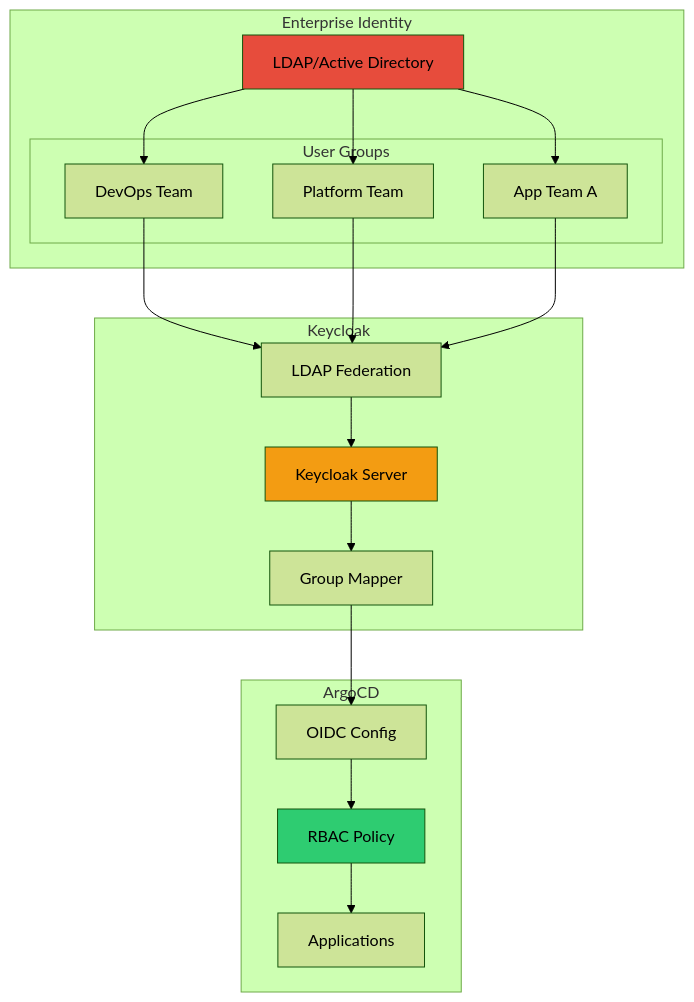
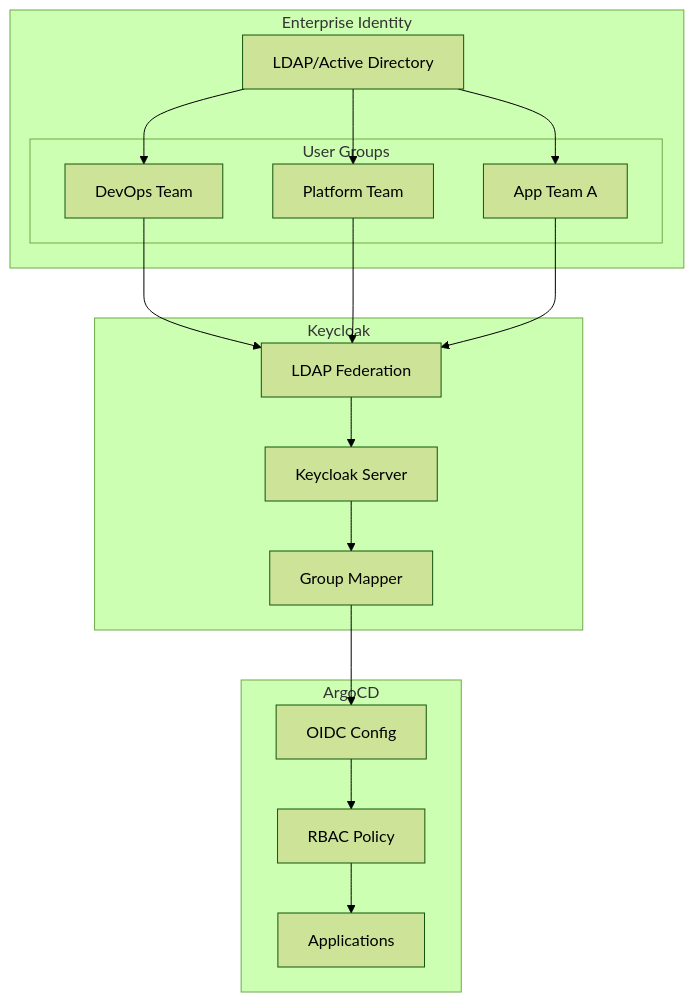
Before and after one commit to juwon8891/juwon8891.github.io: the ninth of 12 diagrams in docs/cicd/week6-argocd-final.md, drawn with Mermaid (forest theme). The commit also changed other lines of this file and 18 other files, not shown here.

Commit message:
Remove bright colors from Mermaid diagrams for dark mode compatibility

````diff
--- a/docs/cicd/week6-argocd-final.md
+++ b/docs/cicd/week6-argocd-final.md
@@ -1286,41 +1269,38 @@
 ```mermaid
 graph TB
     subgraph "Enterprise Identity"
         LDAP[LDAP/Active Directory]
         subgraph "User Groups"
             G1[DevOps Team]
             G2[Platform Team]
             G3[App Team A]
         end
     end
 
     subgraph "Keycloak"
         KC[Keycloak Server]
         LDAPF[LDAP Federation]
         MAPPER[Group Mapper]
     end
 
     subgraph "ArgoCD"
         OIDC[OIDC Config]
         RBAC[RBAC Policy]
         APP[Applications]
     end
 
     LDAP --> G1
     LDAP --> G2
     LDAP --> G3
 
     G1 --> LDAPF
     G2 --> LDAPF
     G3 --> LDAPF
 
     LDAPF --> KC
     KC --> MAPPER
     MAPPER --> OIDC
     OIDC --> RBAC
     RBAC --> APP
 
-    style LDAP fill:#E74C3C
-    style KC fill:#F39C12
-    style RBAC fill:#2ECC71
 ```
````
